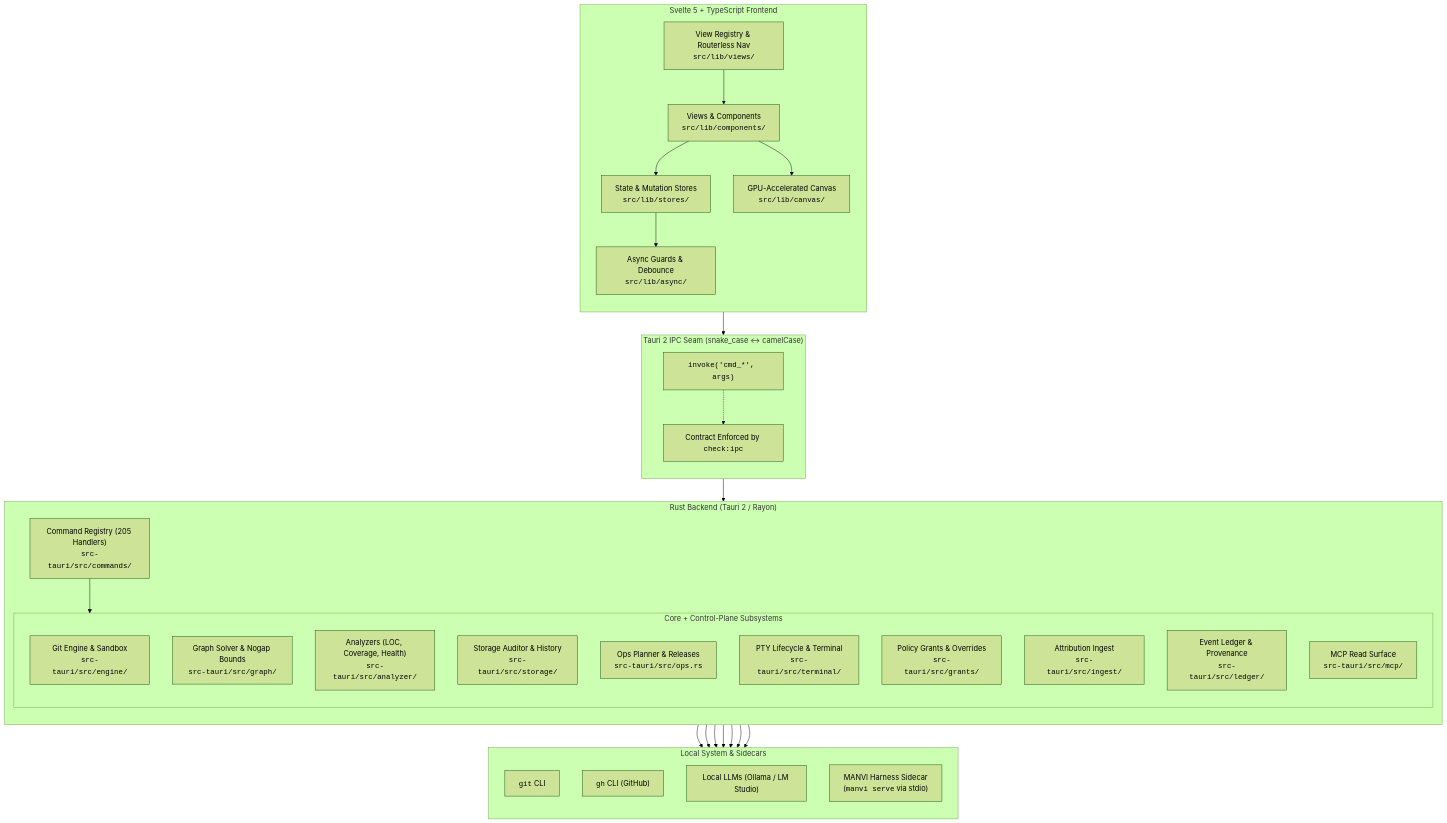
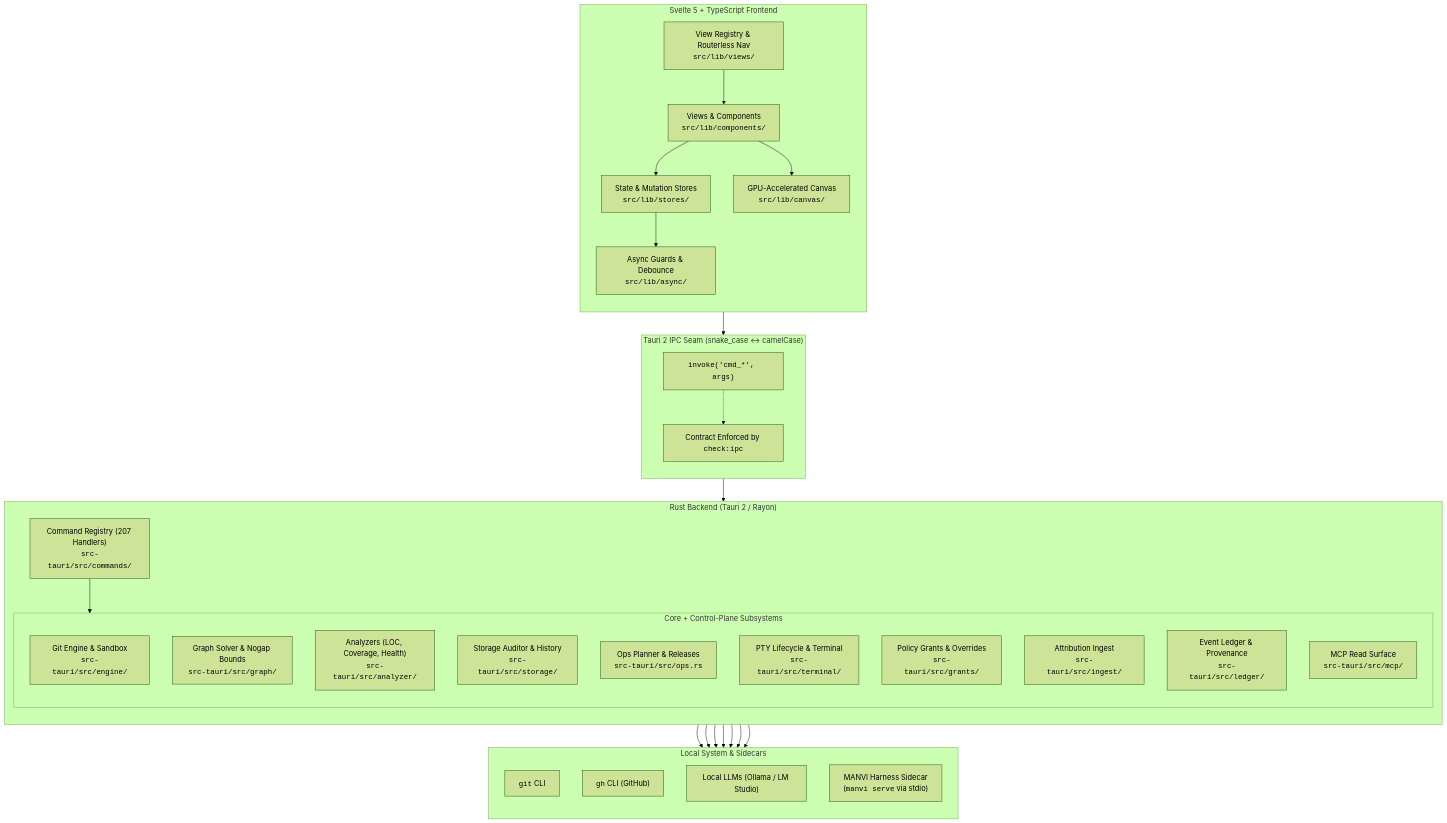
One commit to bharathvbcr/GitPulse changed the first of 4 diagrams in docs/ARCHITECTURE.md. Above: the diagram before and after it, drawn with Mermaid (forest theme). The commit also changed other lines of this file and 151 other files, not shown here.

````diff
--- a/docs/ARCHITECTURE.md
+++ b/docs/ARCHITECTURE.md
@@ -5,61 +5,61 @@
 ```mermaid
 flowchart TB
     subgraph Frontend["Svelte 5 + TypeScript Frontend"]
         direction TB
         UI["Views & Components<br/><code>src/lib/components/</code>"]
         Stores["State & Mutation Stores<br/><code>src/lib/stores/</code>"]
         Registry["View Registry & Routerless Nav<br/><code>src/lib/views/</code>"]
         Canvas["GPU-Accelerated Canvas<br/><code>src/lib/canvas/</code>"]
         Async["Async Guards & Debounce<br/><code>src/lib/async/</code>"]
         
         UI --> Stores
         UI --> Canvas
         Stores --> Async
         Registry --> UI
     end
 
     subgraph IPC["Tauri 2 IPC Seam (snake_case ↔ camelCase)"]
         direction TB
         Invoke["<code>invoke('cmd_*', args)</code>"]
         ContractCheck["Contract Enforced by <code>check:ipc</code>"]
         Invoke -.-> ContractCheck
     end
 
     subgraph Backend["Rust Backend (Tauri 2 / Rayon)"]
         direction TB
-        CmdRegistry["Command Registry (205 Handlers)<br/><code>src-tauri/src/commands/</code>"]
+        CmdRegistry["Command Registry (207 Handlers)<br/><code>src-tauri/src/commands/</code>"]
         
         subgraph Subsystems["Core + Control-Plane Subsystems"]
             GitEngine["Git Engine & Sandbox<br/><code>src-tauri/src/engine/</code>"]
             GraphSolver["Graph Solver & Nogap Bounds<br/><code>src-tauri/src/graph/</code>"]
             Analyzers["Analyzers (LOC, Coverage, Health)<br/><code>src-tauri/src/analyzer/</code>"]
             StorageAuditor["Storage Auditor & History<br/><code>src-tauri/src/storage/</code>"]
             OpsPlanner["Ops Planner & Releases<br/><code>src-tauri/src/ops.rs</code>"]
             PtyTerminal["PTY Lifecycle & Terminal<br/><code>src-tauri/src/terminal/</code>"]
             Grants["Policy Grants & Overrides<br/><code>src-tauri/src/grants/</code>"]
             Ingest["Attribution Ingest<br/><code>src-tauri/src/ingest/</code>"]
             Ledger["Event Ledger & Provenance<br/><code>src-tauri/src/ledger/</code>"]
             MCP["MCP Read Surface<br/><code>src-tauri/src/mcp/</code>"]
         end
         
         CmdRegistry --> Subsystems
     end
 
     subgraph External["Local System & Sidecars"]
         direction TB
         LocalGit["<code>git</code> CLI"]
         LocalGh["<code>gh</code> CLI (GitHub)"]
         LocalLLM["Local LLMs (Ollama / LM Studio)"]
         ManviSidecar["MANVI Harness Sidecar<br/>(<code>manvi serve</code> via stdio)"]
     end
 
     Async --> Invoke
     Invoke --> CmdRegistry
     GitEngine --> LocalGit
     Analyzers --> LocalGit
     Analyzers --> LocalGh
     Analyzers --> LocalLLM
     OpsPlanner --> LocalGh
     OpsPlanner --> ManviSidecar
     Subsystems --> ManviSidecar
 ```
````
